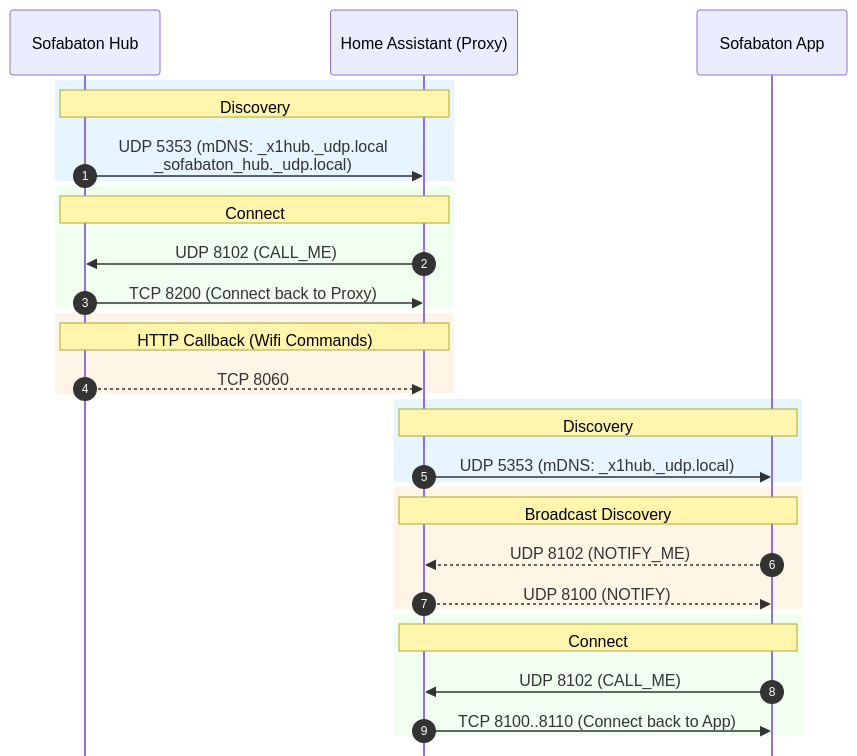
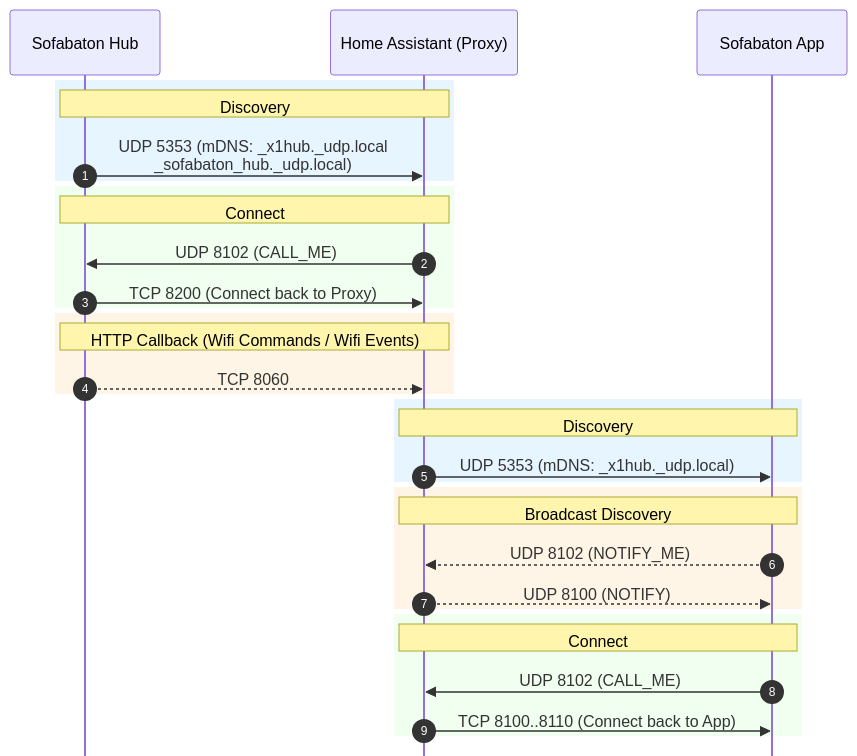
Before and after one commit to m3tac0de/home-assistant-sofabaton-x1s: the diagram in docs/networking.md, drawn with Mermaid. The commit also changed other lines of this file and 3 other files, not shown here.

````diff
--- a/docs/networking.md
+++ b/docs/networking.md
@@ -5,41 +5,41 @@
 ```mermaid
 %%{init: { 'theme': 'default', 'sequence': { 'messageMargin': 10, 'boxMargin': 5, 'noteMargin': 5, 'mirrorActors': false }}}%%
 sequenceDiagram
     autonumber
     participant Hub as Sofabaton Hub
     participant HA as Home Assistant (Proxy)
     participant App as Sofabaton App
 
     rect rgb(230, 245, 255)
         Note over Hub, HA: Discovery
         Hub->>HA: UDP 5353 (mDNS: _x1hub._udp.local <br/> _sofabaton_hub._udp.local)
     end
 
     rect rgb(240, 255, 240)
         Note over Hub, HA: Connect
         HA->>Hub: UDP 8102 (CALL_ME)
         Hub->>HA: TCP 8200 (Connect back to Proxy)
     end
 
     rect rgb(255, 245, 230)
-        Note over Hub, HA: HTTP Callback (Wifi Commands)
+        Note over Hub, HA: HTTP Callback (Wifi Commands / Wifi Events)
         Hub-->>HA: TCP 8060
     end
 
     rect rgb(230, 245, 255)
         Note over HA, App: Discovery
         HA->>App: UDP 5353 (mDNS: _x1hub._udp.local)
     end
 
     rect rgb(255, 245, 230)
         Note over App, HA: Broadcast Discovery
         App-->>HA: UDP 8102 (NOTIFY_ME)
         HA-->>App: UDP 8100 (NOTIFY)
     end
 
     rect rgb(240, 255, 240)
         Note over App, HA: Connect
         App->>HA: UDP 8102 (CALL_ME)
         HA->>App: TCP 8100..8110 (Connect back to App)
     end
 ```
````
